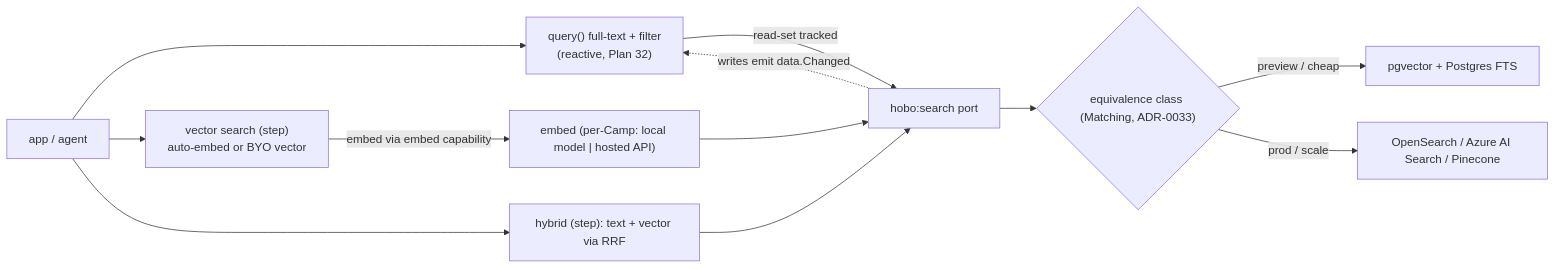
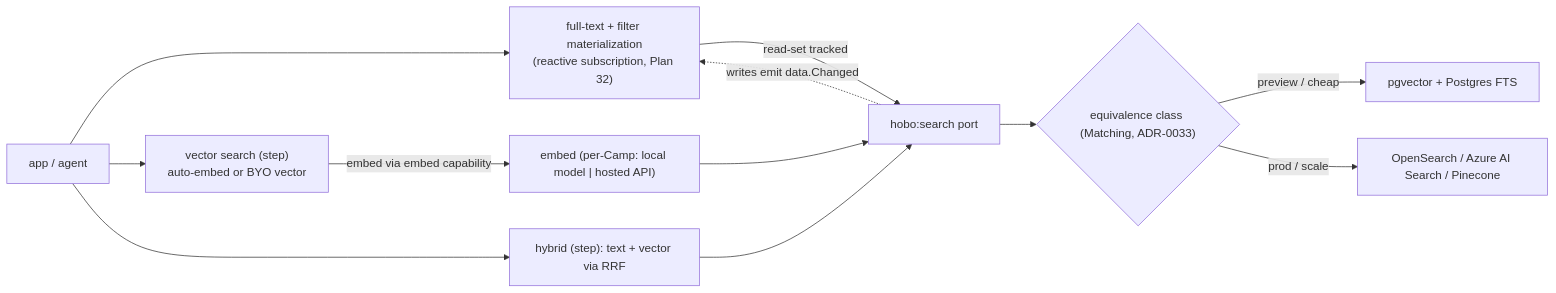
Before and after one commit to Tyler-R-Kendrick/HoBo: the diagram in docs/design/35-search-vector-surface.md, drawn with Mermaid. The commit also changed other lines of this file and 9 other files, not shown here.

````diff
--- a/docs/design/35-search-vector-surface.md
+++ b/docs/design/35-search-vector-surface.md
@@ -12,14 +12,14 @@
 ```mermaid
 flowchart LR
-  APP["app / agent"] --> Q["query() full-text + filter<br/>(reactive, Plan 32)"]
+  APP["app / agent"] --> Q["full-text + filter materialization<br/>(reactive subscription, Plan 32)"]
   APP --> VS["vector search (step)<br/>auto-embed or BYO vector"]
   APP --> HY["hybrid (step): text + vector via RRF"]
   Q -->|read-set tracked| PORT
   VS -->|embed via embed capability| EMB["embed (per-Camp: local model | hosted API)"]
   EMB --> PORT
   HY --> PORT["hobo:search port"]
   PORT --> CLASS{"equivalence class (Matching, ADR-0033)"}
   CLASS -->|preview / cheap| PG["pgvector + Postgres FTS"]
   CLASS -->|prod / scale| MGD["OpenSearch / Azure AI Search / Pinecone"]
   PORT -.->|writes emit data.Changed| Q
 ```
````
